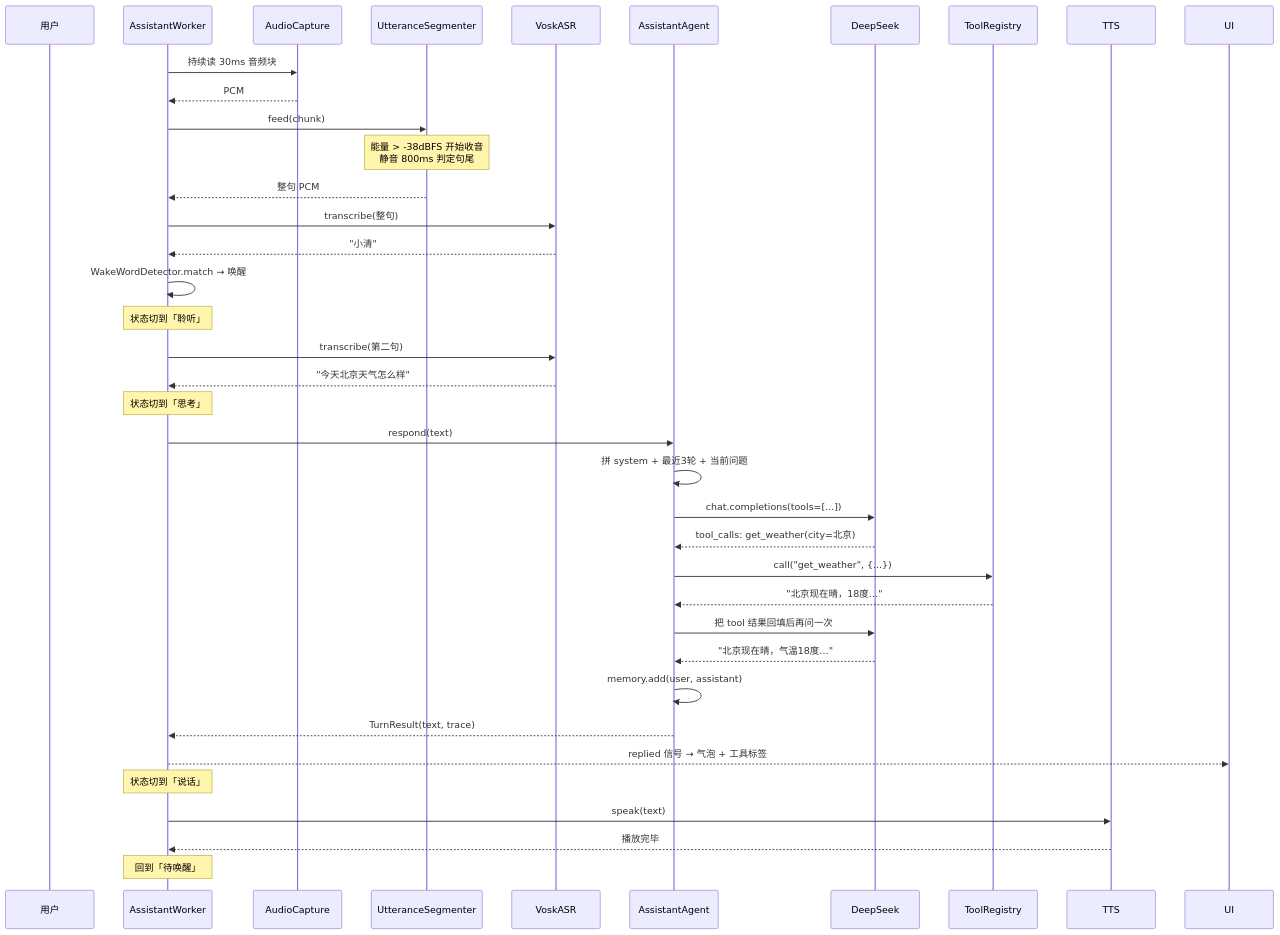
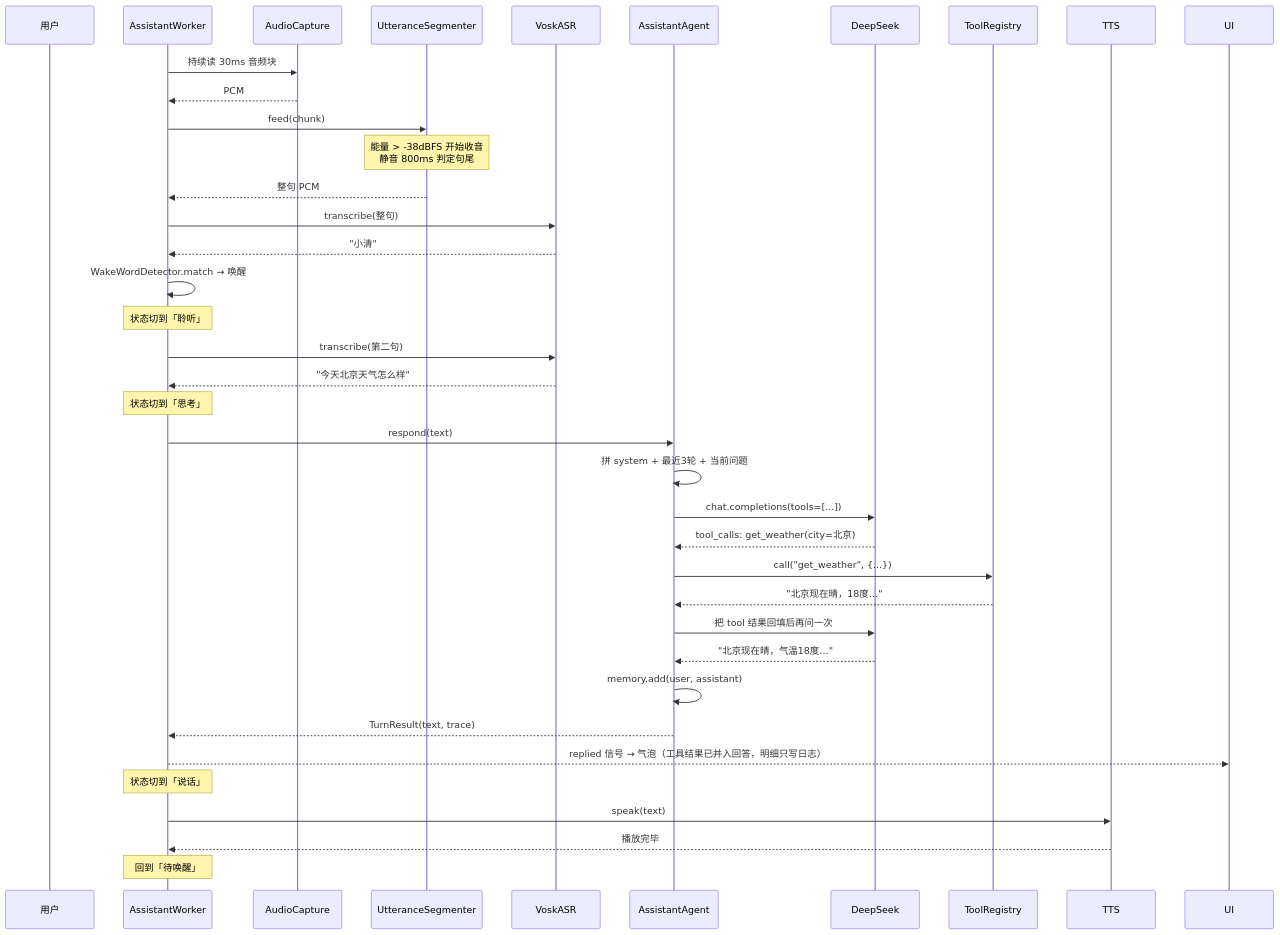
Before and after one commit to Yanami-Anna12/xiaoqing-voice-assistant: the diagram in docs/architecture.md, drawn with Mermaid. The commit also changed other lines of this file and 9 other files, not shown here.

````diff
--- a/docs/architecture.md
+++ b/docs/architecture.md
@@ -34,40 +34,40 @@
 ```mermaid
 sequenceDiagram
     participant U as 用户
     participant W as AssistantWorker
     participant A as AudioCapture
     participant V as UtteranceSegmenter
     participant R as VoskASR
     participant G as AssistantAgent
     participant L as DeepSeek
     participant T as ToolRegistry
     participant S as TTS
 
     W->>A: 持续读 30ms 音频块
     A-->>W: PCM
     W->>V: feed(chunk)
     Note over V: 能量 > -38dBFS 开始收音<br/>静音 800ms 判定句尾
     V-->>W: 整句 PCM
     W->>R: transcribe(整句)
     R-->>W: "小清"
     W->>W: WakeWordDetector.match → 唤醒
     Note over W: 状态切到「聆听」
     W->>R: transcribe(第二句)
     R-->>W: "今天北京天气怎么样"
     Note over W: 状态切到「思考」
     W->>G: respond(text)
     G->>G: 拼 system + 最近3轮 + 当前问题
     G->>L: chat.completions(tools=[...])
     L-->>G: tool_calls: get_weather(city=北京)
     G->>T: call("get_weather", {...})
     T-->>G: "北京现在晴，18度…"
     G->>L: 把 tool 结果回填后再问一次
     L-->>G: "北京现在晴，气温18度…"
     G->>G: memory.add(user, assistant)
     G-->>W: TurnResult(text, trace)
-    W-->>UI: replied 信号 → 气泡 + 工具标签
+    W-->>UI: replied 信号 → 气泡（工具结果已并入回答，明细只写日志）
     Note over W: 状态切到「说话」
     W->>S: speak(text)
     S-->>W: 播放完毕
     Note over W: 回到「待唤醒」
 ```
````
